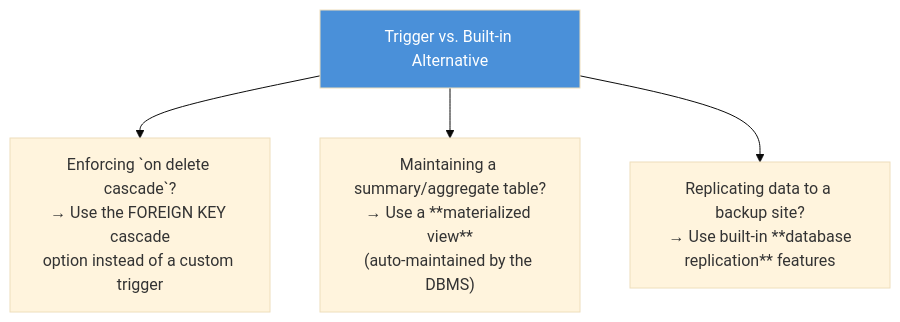
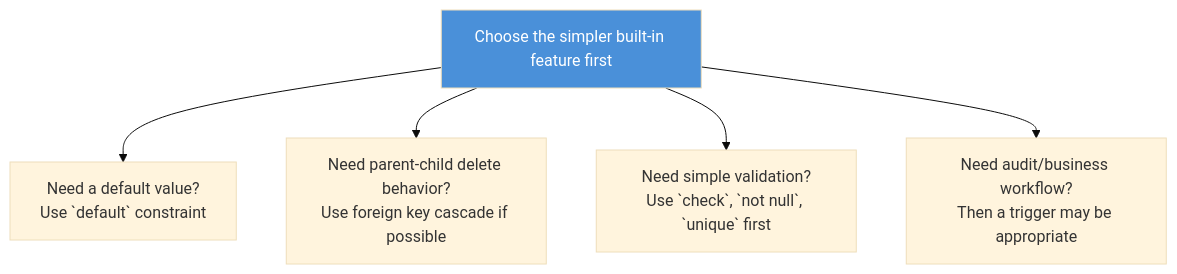
One commit to M-F-Tushar/CSE-2203-2204-Database-Management-System-Sessional changed diagram 12 of 12 in Part-2-SQL-and-Application-Design/Chapter-05-Advanced-SQL/README.md. Above: the diagram before and after it, drawn with Mermaid (base theme). The commit also changed other lines of this file, not shown here.

````diff
--- a/Part-2-SQL-and-Application-Design/Chapter-05-Advanced-SQL/README.md
+++ b/Part-2-SQL-and-Application-Design/Chapter-05-Advanced-SQL/README.md
@@ -528,8 +641,9 @@
 ```mermaid
 graph TD
-    W["Trigger vs. Built-in Alternative"] --> C1["Enforcing `on delete cascade`?<br/>→ Use the FOREIGN KEY cascade<br/>option instead of a custom trigger"]
-    W --> C2["Maintaining a summary/aggregate table?<br/>→ Use a **materialized view**<br/>(auto-maintained by the DBMS)"]
-    W --> C3["Replicating data to a backup site?<br/>→ Use built-in **database<br/>replication** features"]
+    W["Choose the simpler built-in feature first"] --> C1["Need a default value?<br/>Use `default` constraint"]
+    W --> C2["Need parent-child delete behavior?<br/>Use foreign key cascade if possible"]
+    W --> C3["Need simple validation?<br/>Use `check`, `not null`, `unique` first"]
+    W --> C4["Need audit/business workflow?<br/>Then a trigger may be appropriate"]
 
     style W fill:#4a90d9,color:#fff
 ```
````
